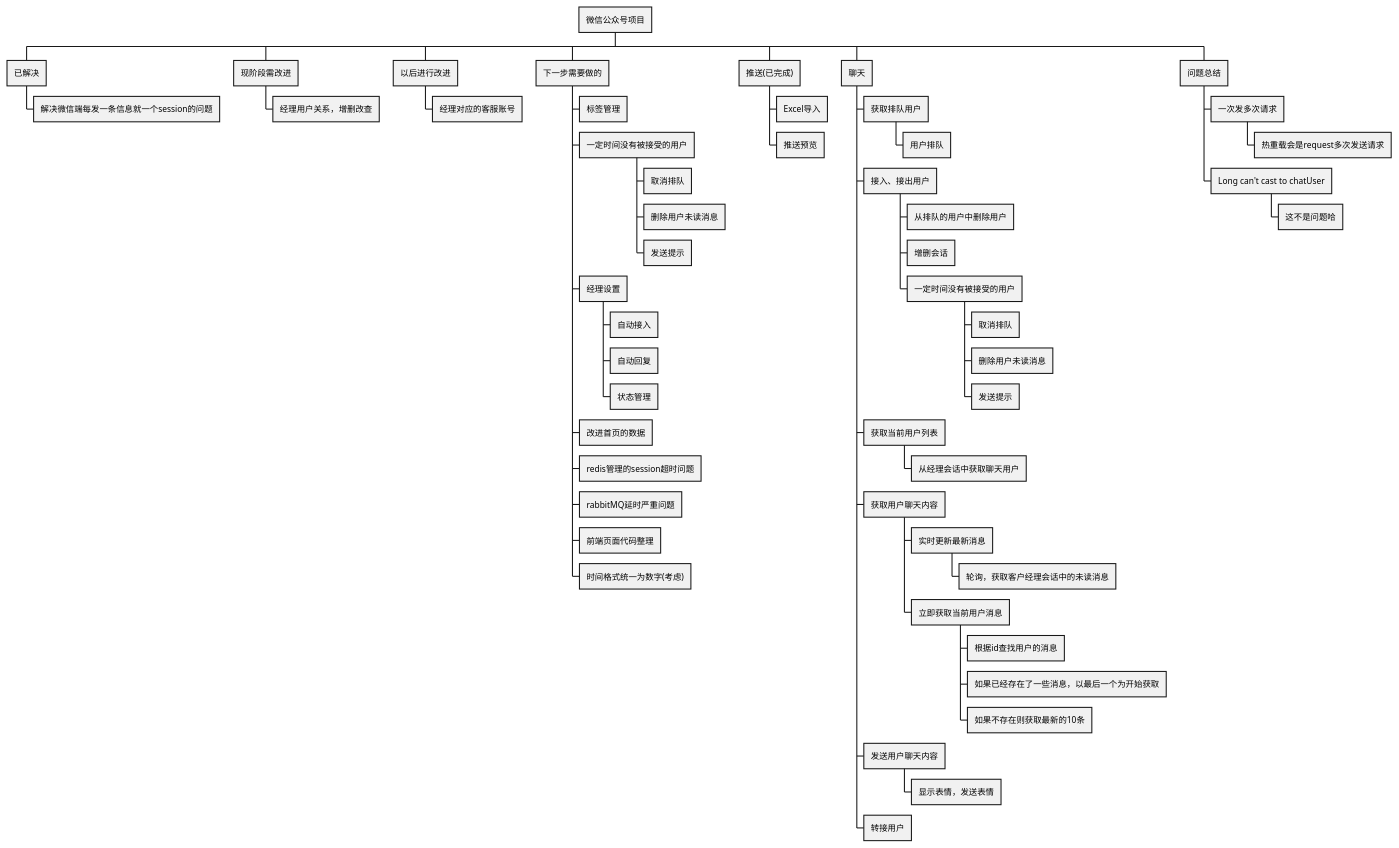
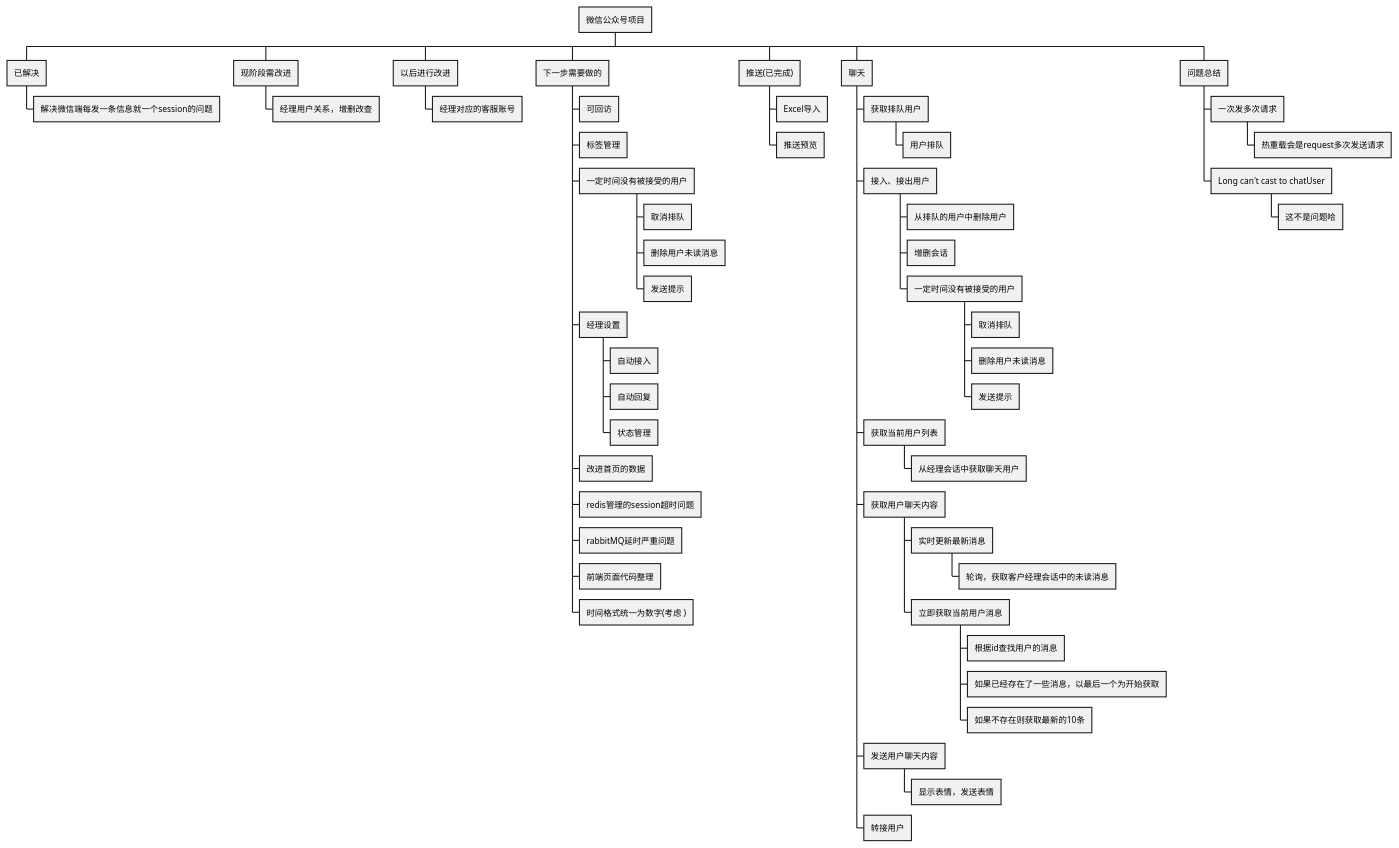
The diagram in Union.puml (xiaxuchen/union), drawn with PlantUML before and after one commit. The commit also changed 48 other files, not shown here.

```diff
--- a/Union.puml
+++ b/Union.puml
@@ -1,56 +1,57 @@
 @startwbs
 * 微信公众号项目
 ** 已解决
 *** 解决微信端每发一条信息就一个session的问题
 ** 现阶段需改进
 *** 经理用户关系，增删改查
 
 ** 以后进行改进
 *** 经理对应的客服账号
 ** 下一步需要做的
+*** 可回访
 *** 标签管理
 *** 一定时间没有被接受的用户
 **** 取消排队
 **** 删除用户未读消息
 **** 发送提示
 *** 经理设置
 **** 自动接入
 **** 自动回复
 **** 状态管理
 *** 改进首页的数据
 *** redis管理的session超时问题
 *** rabbitMQ延时严重问题
 *** 前端页面代码整理
-*** 时间格式统一为数字(考虑)
+*** 时间格式统一为数字(考虑 )
 
 ** 推送(已完成)
 *** Excel导入
 *** 推送预览
 ** 聊天
 *** 获取排队用户
 **** 用户排队
 *** 接入、接出用户
 **** 从排队的用户中删除用户
 **** 增删会话
 **** 一定时间没有被接受的用户
 ***** 取消排队
 ***** 删除用户未读消息
 ***** 发送提示
 *** 获取当前用户列表
 **** 从经理会话中获取聊天用户
 *** 获取用户聊天内容
 **** 实时更新最新消息
 ***** 轮询，获取客户经理会话中的未读消息
 **** 立即获取当前用户消息
 ***** 根据id查找用户的消息
 ***** 如果已经存在了一些消息，以最后一个为开始获取
 ***** 如果不存在则获取最新的10条
 *** 发送用户聊天内容
 **** 显示表情，发送表情
 *** 转接用户
 ** 问题总结
 *** 一次发多次请求
 **** 热重载会是request多次发送请求
 *** Long can't cast to chatUser
 **** 这不是问题哈
 @endwbs
```
